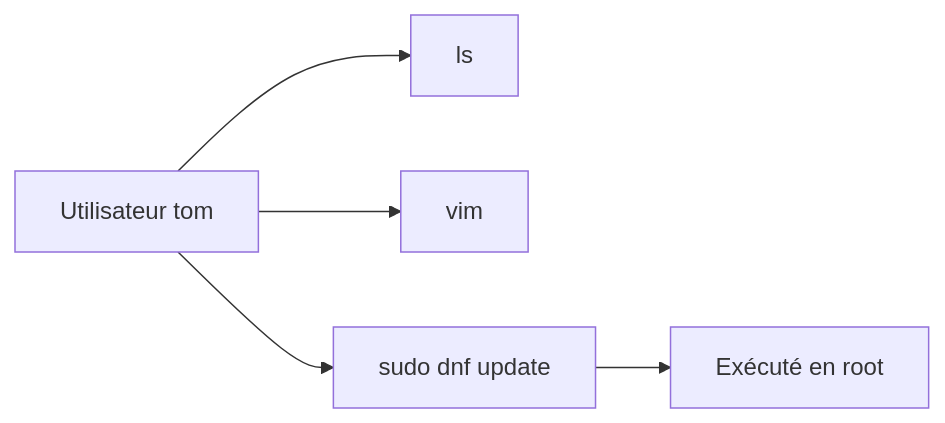
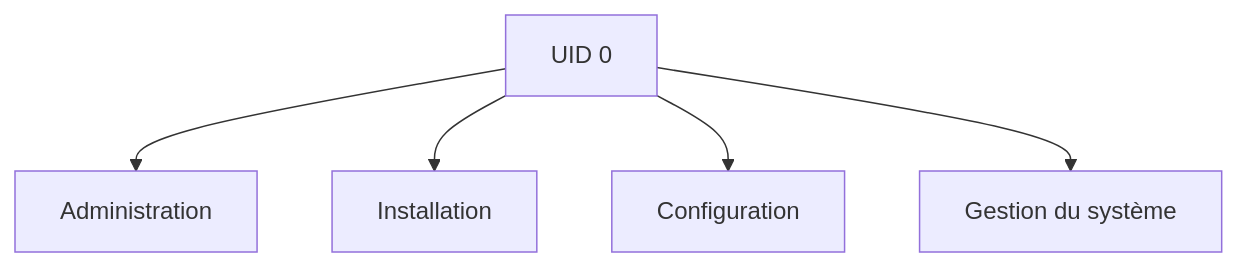
Before and after one commit to tdelaclos/formations: the eighth of 21 diagrams in campagne 1/1.7.md, drawn with Mermaid. The commit also changed other lines of this file, not shown here.

````diff
--- a/campagne 1/1.7.md
+++ b/campagne 1/1.7.md
@@ -189,13 +378,13 @@
 ```mermaid
-flowchart LR
+flowchart TD
 
-A["Utilisateur tom"]
+A["UID 0"]
 
-A --> B["ls"]
+A --> B["Administration"]
 
-A --> C["vim"]
+A --> C["Installation"]
 
-A --> D["sudo dnf update"]
+A --> D["Configuration"]
 
-D --> E["Exécuté en root"]
+A --> E["Gestion du système"]
 ```
````
